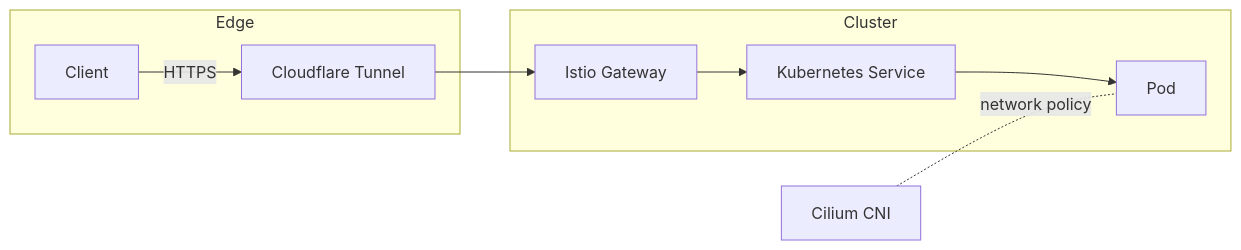
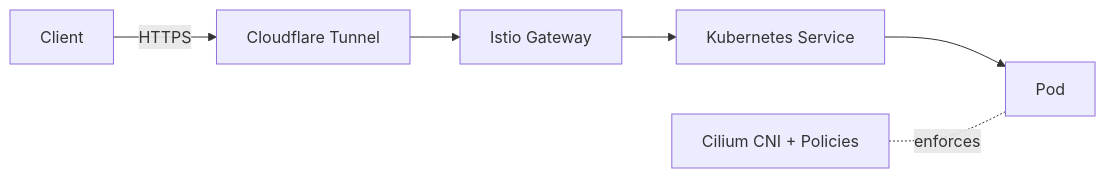
One commit to roib20/homelab-as-code changed the diagram in docs/explanation/networking-architecture.md. Above: the diagram before and after it, drawn with Mermaid. The commit also changed 4 other files, not shown here.

Commit message:
docs: add mermaids

````diff
--- a/docs/explanation/networking-architecture.md
+++ b/docs/explanation/networking-architecture.md
@@ -19,12 +19,8 @@
 ```mermaid
 flowchart LR
-  subgraph Edge
-    Client[Client] -->|HTTPS| Cloudflare[Cloudflare Tunnel]
-  end
-  subgraph Cluster
-    Cloudflare --> Istio[Istio Gateway]
-    Istio --> Service[Kubernetes Service]
-    Service --> Pod[Pod]
-  end
-  Cilium[Cilium CNI] -. network policy .- Pod
+  Client[Client] -->|HTTPS| Cloudflare[Cloudflare Tunnel]
+  Cloudflare --> Istio[Istio Gateway]
+  Istio --> Service[Kubernetes Service]
+  Service --> Pod[Pod]
+  Cilium[Cilium CNI + Policies] -. enforces .- Pod
 ```
````
